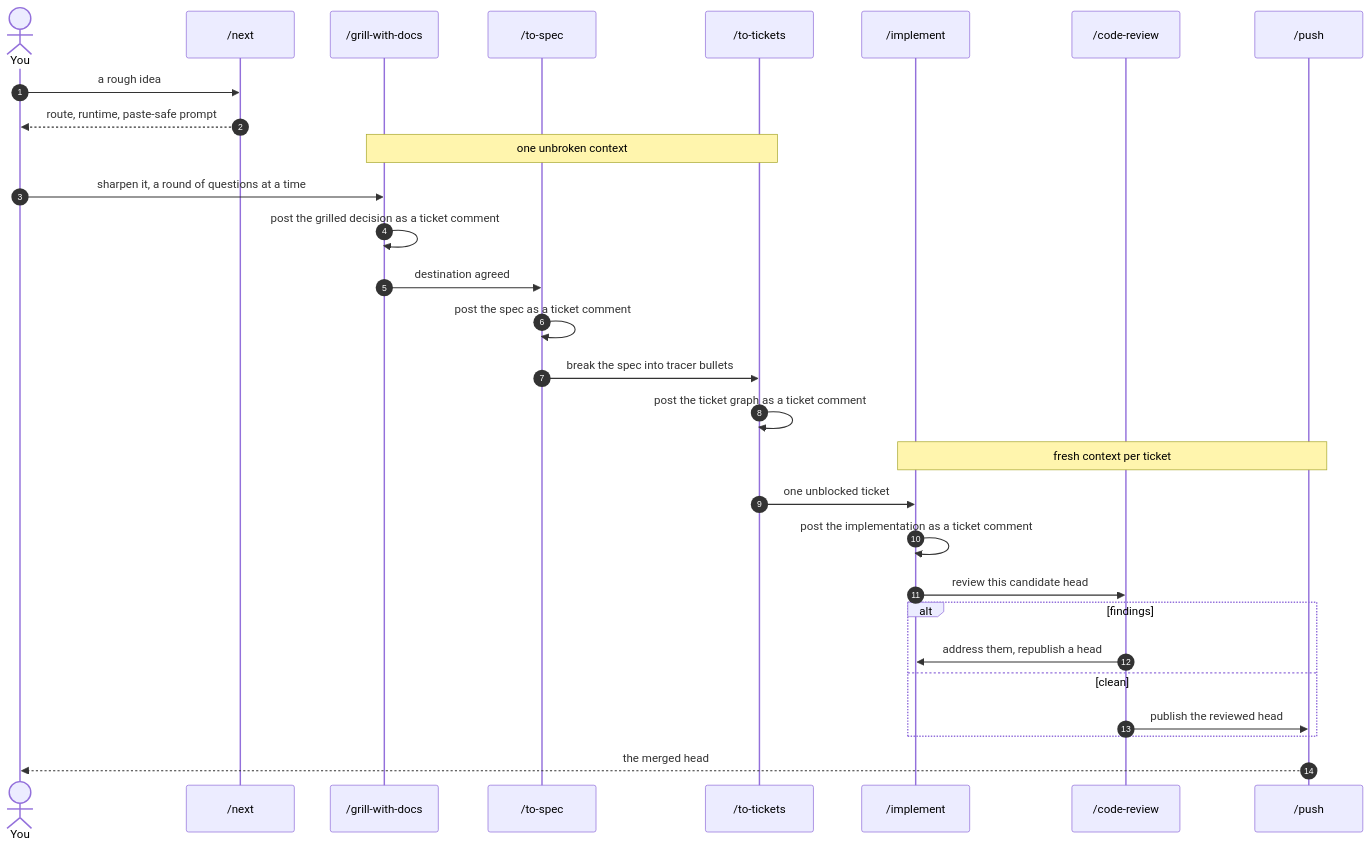
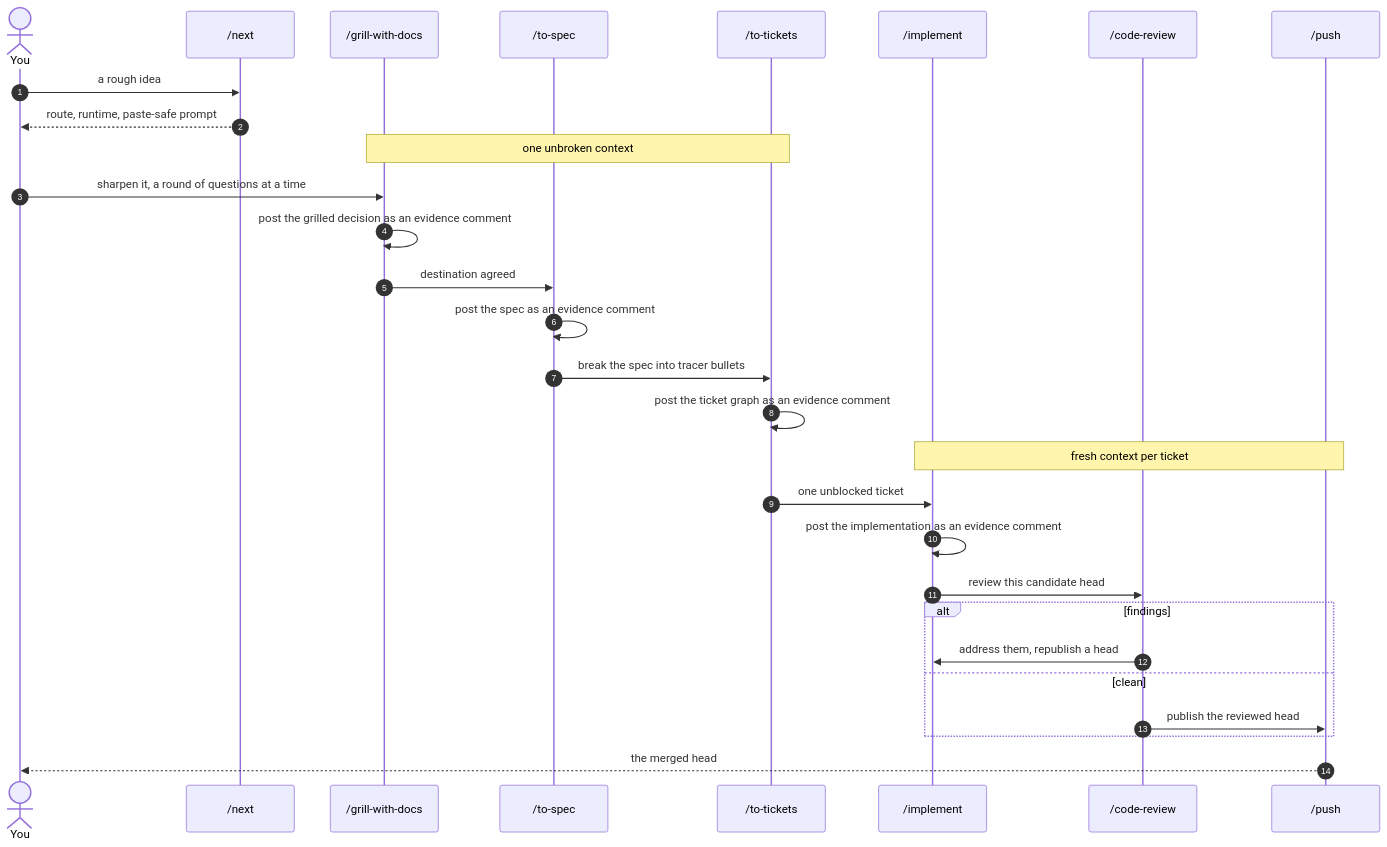
One commit to bradcstevens/git-loopy-skills changed the second of 12 diagrams in docs/skill-connections.md. Above: the diagram before and after it, drawn with Mermaid. The commit also changed other lines of this file and 1 other file, not shown here.

````diff
--- a/docs/skill-connections.md
+++ b/docs/skill-connections.md
@@ -127,36 +127,36 @@
 ```mermaid
 sequenceDiagram
     autonumber
     actor U as You
     participant NX as /next
     participant GD as /grill-with-docs
     participant TS as /to-spec
     participant TT as /to-tickets
     participant IM as /implement
     participant CR as /code-review
     participant PU as /push
 
     U->>NX: a rough idea
     NX-->>U: route, runtime, paste-safe prompt
 
     Note over GD,TT: one unbroken context
     U->>GD: sharpen it, a round of questions at a time
-    GD->>GD: post the grilled decision as a ticket comment
+    GD->>GD: post the grilled decision as an evidence comment
     GD->>TS: destination agreed
-    TS->>TS: post the spec as a ticket comment
+    TS->>TS: post the spec as an evidence comment
     TS->>TT: break the spec into tracer bullets
-    TT->>TT: post the ticket graph as a ticket comment
+    TT->>TT: post the ticket graph as an evidence comment
     
     Note over IM,PU: fresh context per ticket
     TT->>IM: one unblocked ticket
-    IM->>IM: post the implementation as a ticket comment
+    IM->>IM: post the implementation as an evidence comment
     IM->>CR: review this candidate head
     alt findings
         CR->>IM: address them, republish a head
     else clean
         CR->>PU: publish the reviewed head
 
     end
 
     PU-->>U: the merged head
 ```
````
